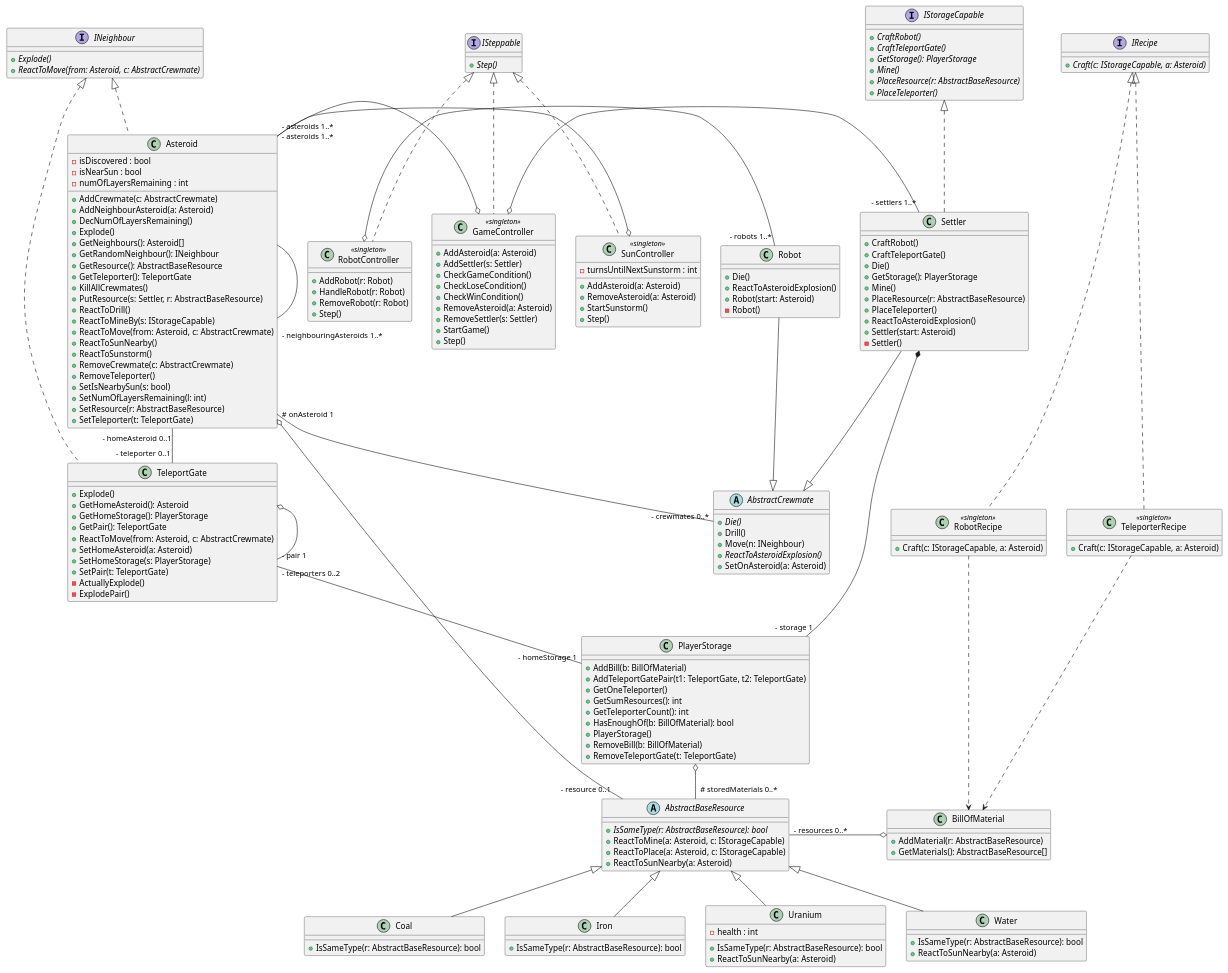
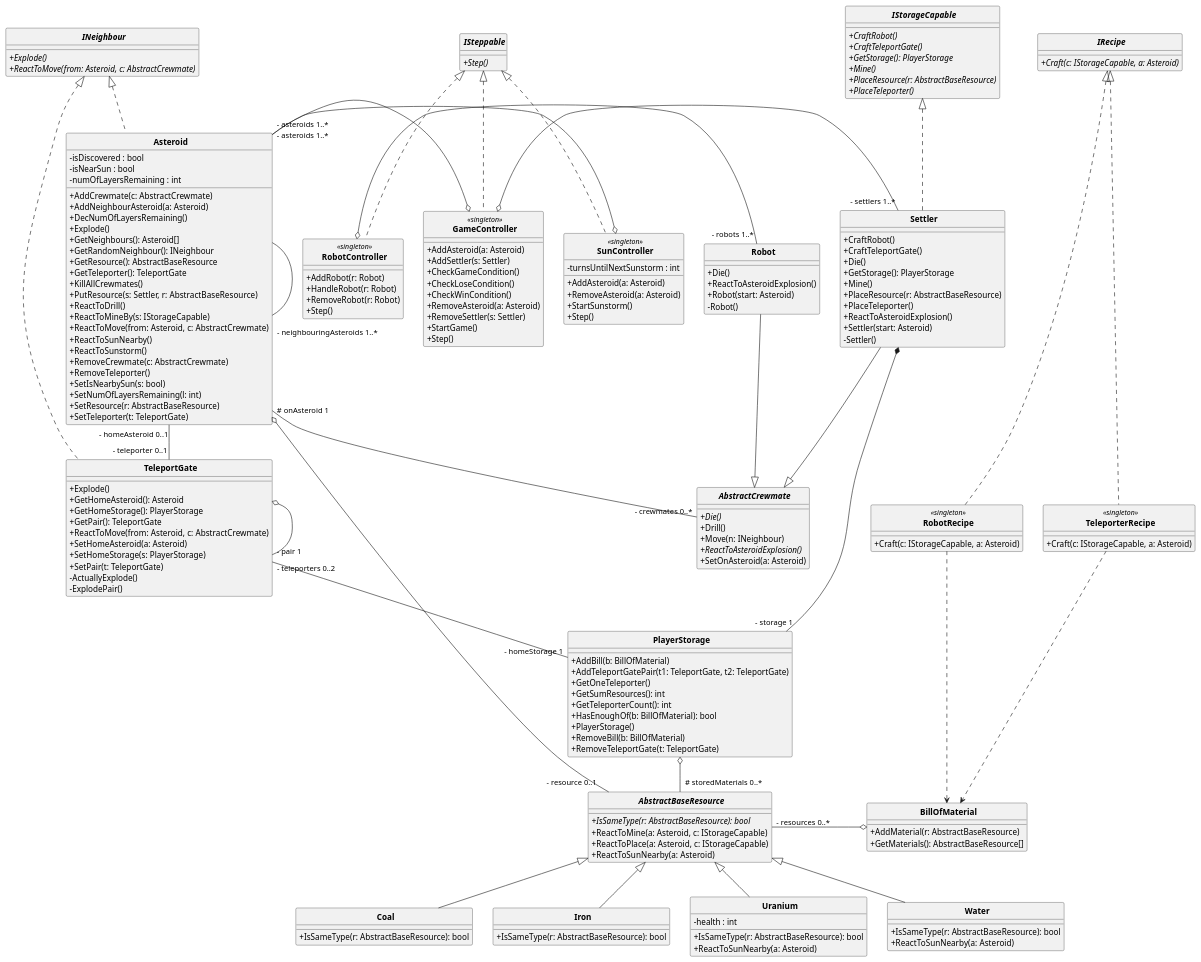
The diagram in uml/class_diagrams/class.plantuml (triszt4n/projlab_holy_oil), drawn with PlantUML before and after one commit.

Commit message:
skinparam (#206)

```diff
--- a/uml/class_diagrams/class.plantuml
+++ b/uml/class_diagrams/class.plantuml
@@ -1,4 +1,10 @@
 @startuml classdiagram
+
+skinparam ClassAttributeIconSize 0
+skinparam CircledCharacterRadius 0
+skinparam CircledCharacterFontSize 0
+skinparam ClassFontStyle bold
+
 
 ' Storage
 class PlayerStorage {
```
